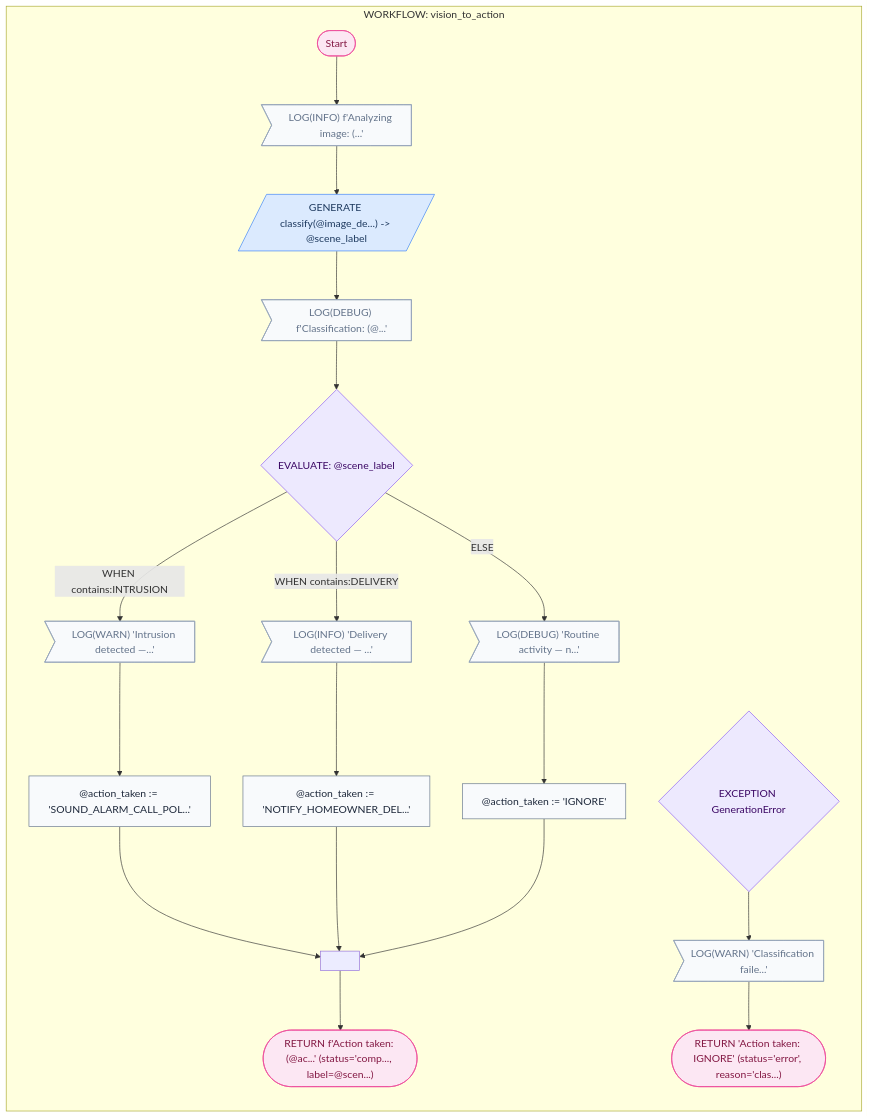
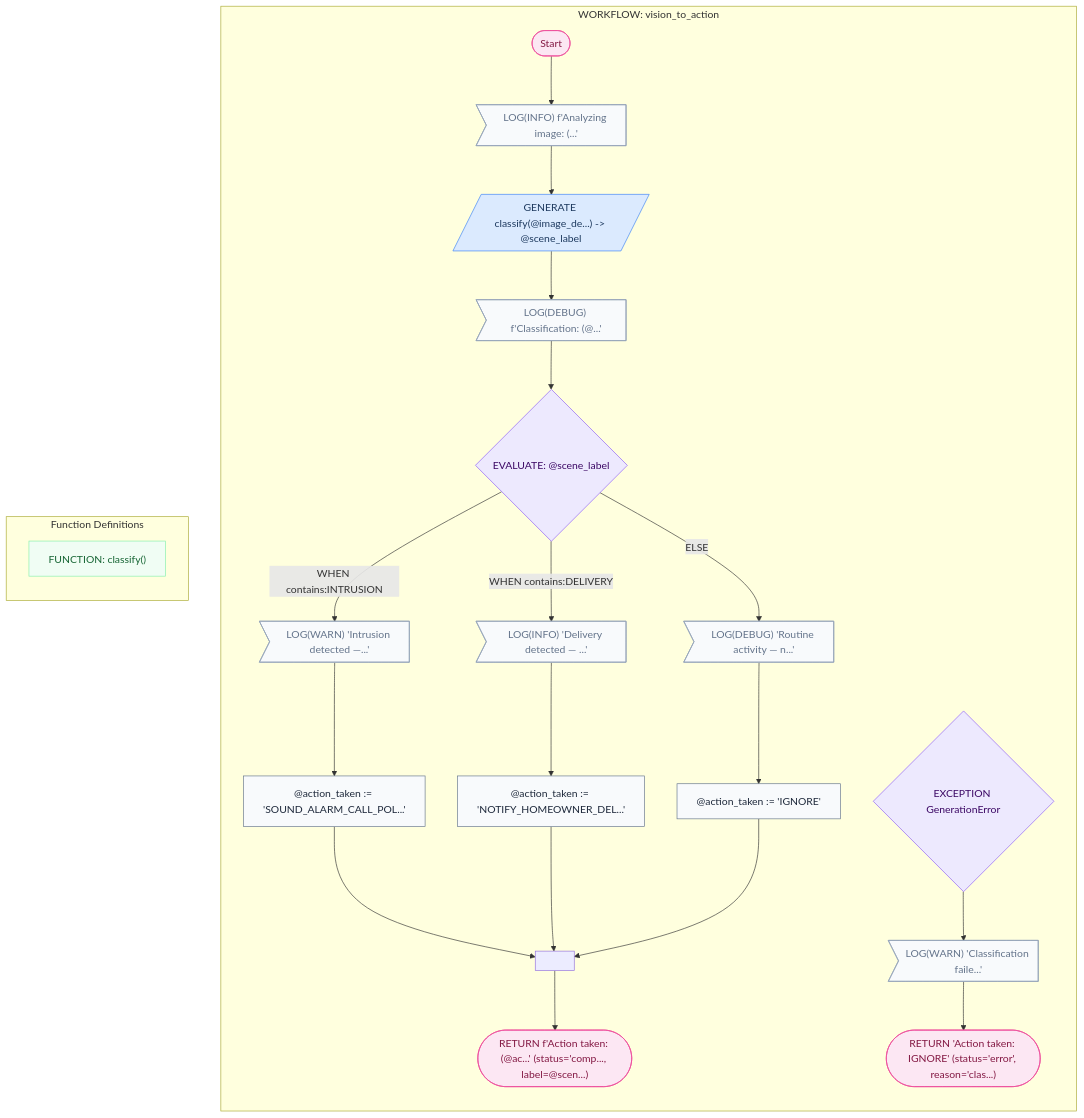
Before and after one commit to digital-duck/SPL.py: the diagram in cookbook/45_vision_to_action/mermaid/vision_to_action.md, drawn with Mermaid. The commit also changed 334 other files, not shown here.

````diff
--- a/cookbook/45_vision_to_action/mermaid/vision_to_action.md
+++ b/cookbook/45_vision_to_action/mermaid/vision_to_action.md
@@ -7,59 +7,64 @@
 ```mermaid
 flowchart TD
     subgraph SG_vision_to_action["WORKFLOW: vision_to_action"]
     direction TB
     START1(["Start"])
     LOG2>"LOG(INFO) f'Analyzing image: (...'"]
     GEN3[/"GENERATE classify(@image_de...) -> @scene_label"/]
     LOG2 --> GEN3
     LOG4>"LOG(DEBUG) f'Classification: (@...'"]
     GEN3 --> LOG4
     EVAL5{"EVALUATE: @scene_label"}
     LOG7>"LOG(WARN) 'Intrusion detected —...'"]
     A8["@action_taken := 'SOUND_ALARM_CALL_POL...'"]
     LOG7 --> A8
     EVAL5 -->|"WHEN contains:INTRUSION"| LOG7
     A8 --> MERGE6
     LOG9>"LOG(INFO) 'Delivery detected — ...'"]
     A10["@action_taken := 'NOTIFY_HOMEOWNER_DEL...'"]
     LOG9 --> A10
     EVAL5 -->|"WHEN contains:DELIVERY"| LOG9
     A10 --> MERGE6
     LOG11>"LOG(DEBUG) 'Routine activity — n...'"]
     A12["@action_taken := 'IGNORE'"]
     LOG11 --> A12
     EVAL5 -->|"ELSE"| LOG11
     A12 --> MERGE6
     MERGE6[" "]
     LOG4 --> EVAL5
     RET13(["RETURN f'Action taken: (@ac...' (status='comp..., label=@scen...)"])
     MERGE6 --> RET13
     START1 --> LOG2
     EXC14{"EXCEPTION GenerationError"}
     LOG15>"LOG(WARN) 'Classification faile...'"]
     RET16(["RETURN 'Action taken: IGNORE' (status='error', reason='clas...)"])
     LOG15 --> RET16
     EXC14 --> LOG15
     end
+    subgraph FUNCTIONS["Function Definitions"]
+    direction TB
+    FN17["FUNCTION: classify()"]
+    end
     class START1 term
     class LOG2 log
     class GEN3 llm
     class LOG4 log
     class EVAL5 ctrl
     class LOG7 log
     class A8 assign
     class LOG9 log
     class A10 assign
     class LOG11 log
     class A12 assign
     class RET13 term
     class EXC14 ctrl
     class LOG15 log
     class RET16 term
+    class FN17 fn
     classDef llm fill:#dbeafe,stroke:#3b82f6,color:#1e3a5f
     classDef ctrl fill:#ede9fe,stroke:#8b5cf6,color:#3b0764
     classDef term fill:#fce7f3,stroke:#ec4899,color:#831843
     classDef log fill:#f8fafc,stroke:#94a3b8,color:#64748b
     classDef fn fill:#f0fdf4,stroke:#86efac,color:#166534
     classDef assign fill:#f8fafc,stroke:#64748b,color:#1e293b
 ```
````
